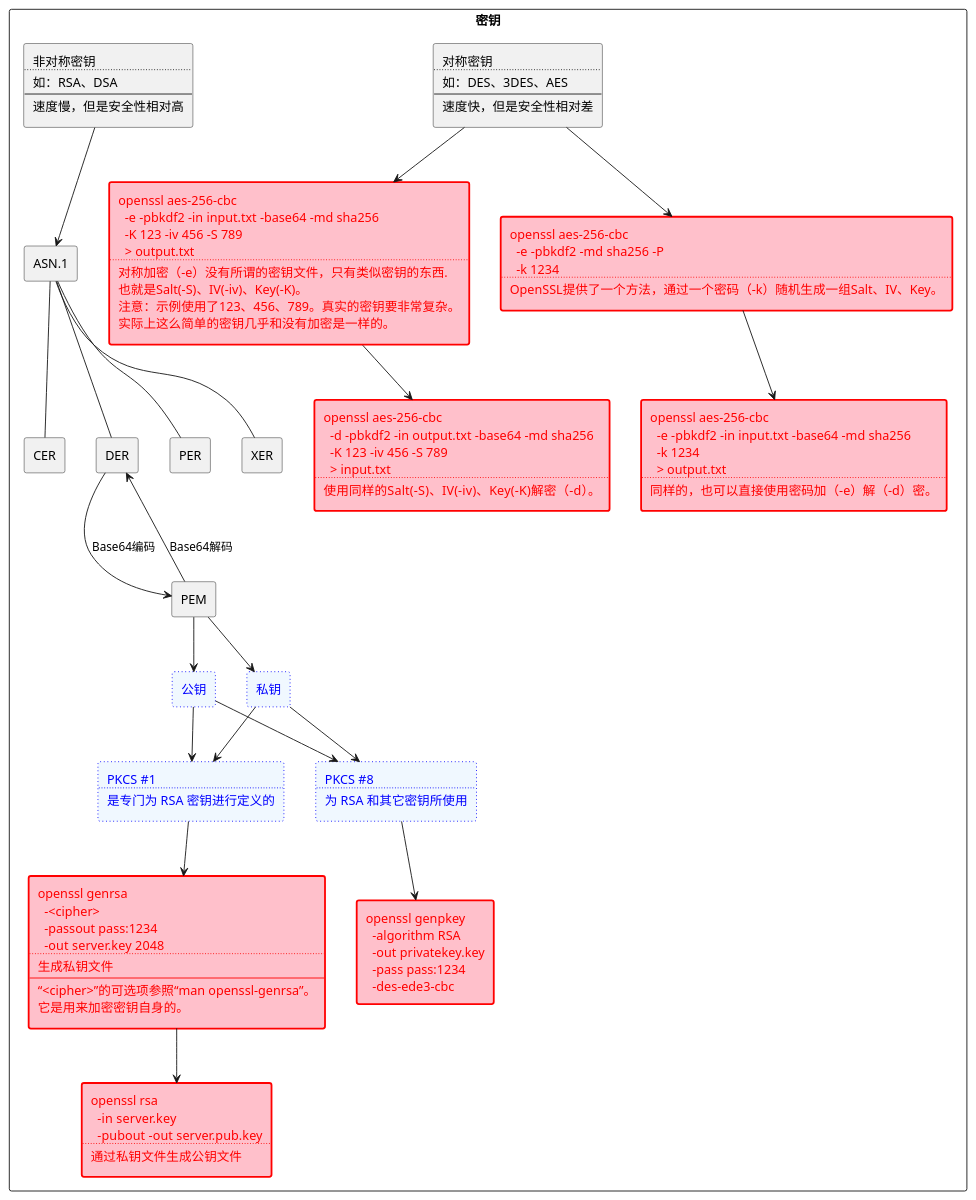
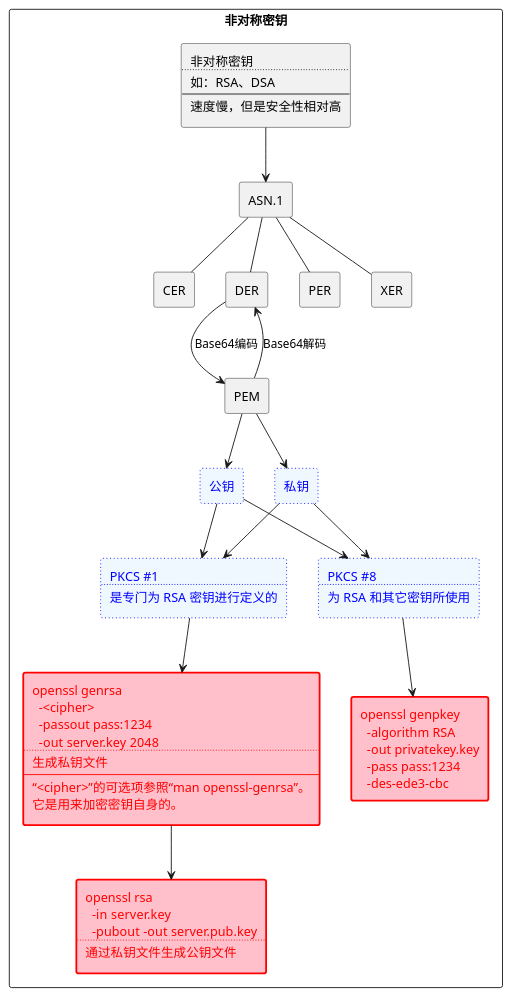
Before and after one commit to zeerd/zeerd.github.io: the second of 4 diagrams in _posts/2022-09-11-openssl-key-cert.md, drawn with PlantUML. The commit also changed 7 other files, not shown here.

Commit message:
modify plantuml

````diff
--- a/_posts/2022-09-11-openssl-key-cert.md
+++ b/_posts/2022-09-11-openssl-key-cert.md
@@ -11,7 +66,5 @@
 ```plantuml
-allowmixing
-
-rectangle "密钥" as key {
+rectangle "非对称密钥" as key {
   rectangle "ASN.1" as ASN1
 
   rectangle CER
@@ -20,14 +73,6 @@
   rectangle XER
 
   rectangle PEM
-
-  rectangle symKey [
-    对称密钥
-    ....
-    如：DES、3DES、AES
-    ----
-    速度快，但是安全性相对差
-  ]
 
   rectangle asymKey [
     非对称密钥
@@ -81,40 +126,6 @@
       -pass pass:1234
       -des-ede3-cbc
   ]
-  rectangle os_enc_key #pink;line:red;line.bold;text:red [
-    openssl aes-256-cbc
-      -e -pbkdf2 -in input.txt -base64 -md sha256
-      -K 123 -iv 456 -S 789
-      > output.txt
-    ....
-    对称加密（-e）没有所谓的密钥文件，只有类似密钥的东西.
-    也就是Salt(-S)、IV(-iv)、Key(-K)。
-    注意：示例使用了123、456、789。真实的密钥要非常复杂。
-    实际上这么简单的密钥几乎和没有加密是一样的。
-  ]
-  rectangle os_dec_key #pink;line:red;line.bold;text:red [
-    openssl aes-256-cbc
-      -d -pbkdf2 -in output.txt -base64 -md sha256
-      -K 123 -iv 456 -S 789
-      > input.txt
-    ....
-    使用同样的Salt(-S)、IV(-iv)、Key(-K)解密（-d）。
-  ]
-  rectangle os_enc_p2k #pink;line:red;line.bold;text:red [
-    openssl aes-256-cbc
-      -e -pbkdf2 -md sha256 -P
-      -k 1234
-    ....
-    OpenSSL提供了一个方法，通过一个密码（-k）随机生成一组Salt、IV、Key。
-  ]
-  rectangle os_enc_ps #pink;line:red;line.bold;text:red [
-    openssl aes-256-cbc
-      -e -pbkdf2 -in input.txt -base64 -md sha256
-      -k 1234
-      > output.txt
-    ....
-    同样的，也可以直接使用密码加（-e）解（-d）密。
-  ]
 }
 
 asymKey --> ASN1
@@ -135,14 +146,7 @@
 privKey --> p1
 privKey --> p8
 
-symKey --> os_enc_key
-os_enc_key --> os_dec_key
-
-symKey --> os_enc_p2k
-os_enc_p2k --> os_enc_ps
-
 p1 --> os_rsa
 os_rsa --> os_rsa_pub
 p8 --> os_key
-
 ```
````
